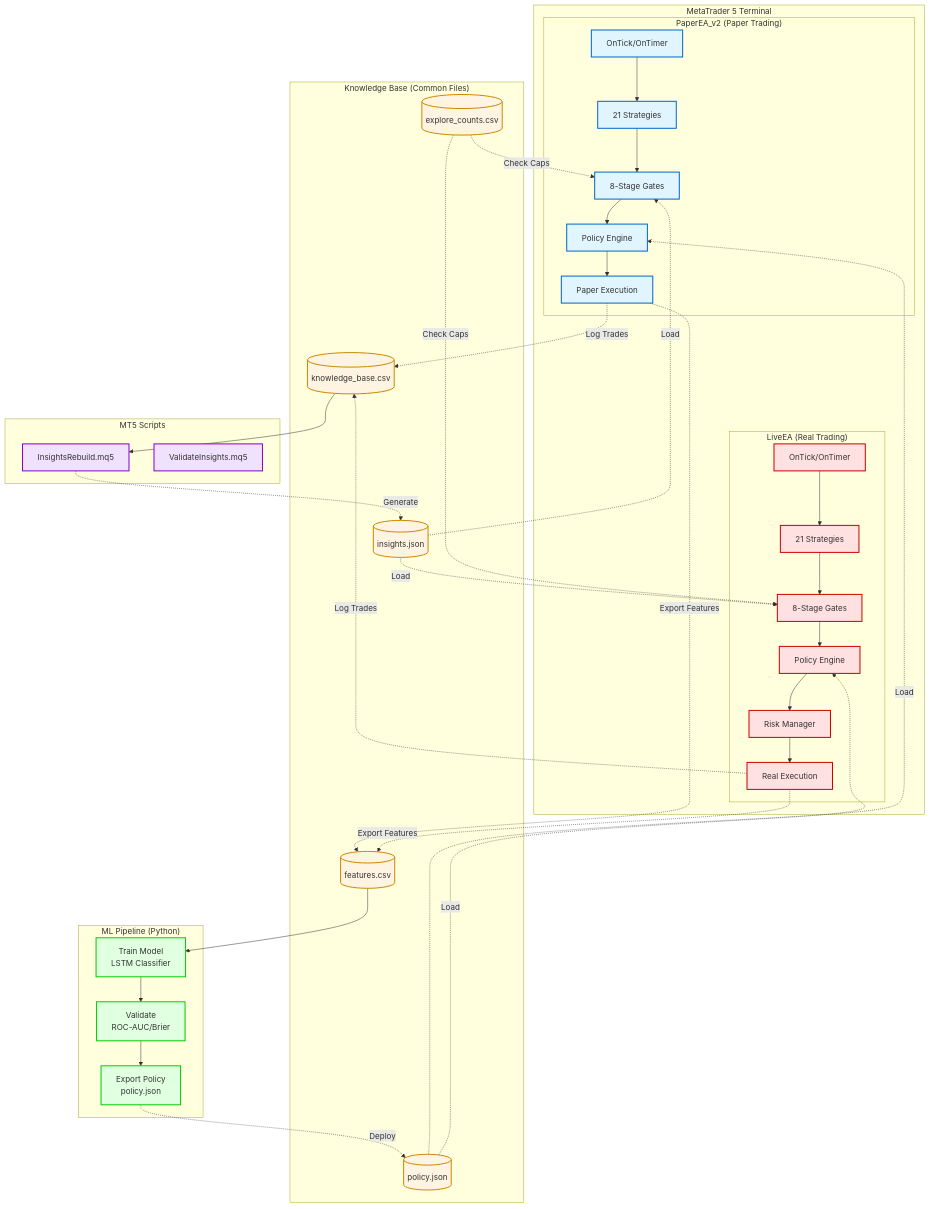
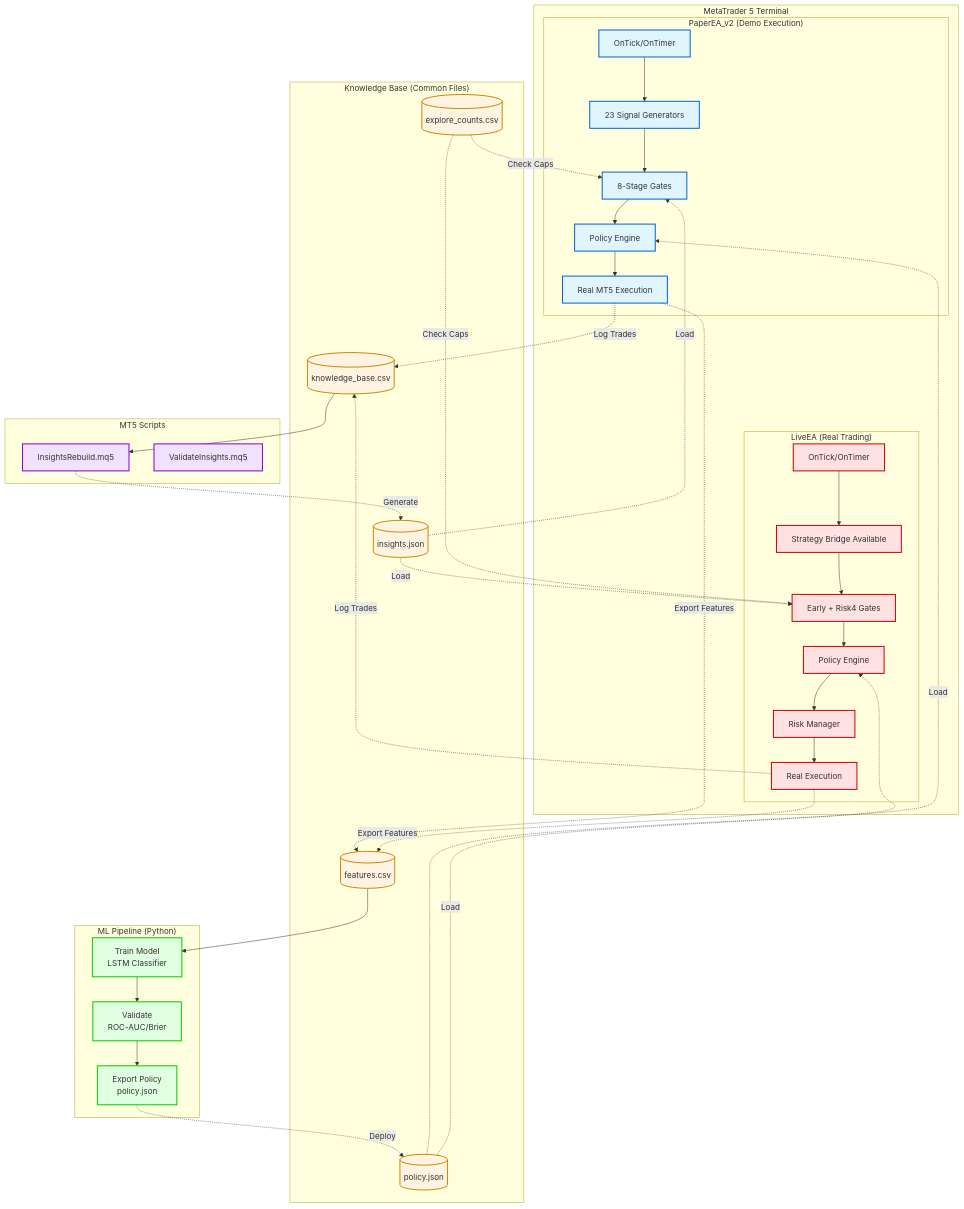
The first of 3 diagrams in Experts/Advisors/DualEA/docs/README_PRODUCTION.md (luvisemoney/Ultimate), drawn with Mermaid before and after one commit. The commit also changed other lines of this file and 1284 other files, not shown here.

````diff
--- a/Experts/Advisors/DualEA/docs/README_PRODUCTION.md
+++ b/Experts/Advisors/DualEA/docs/README_PRODUCTION.md
@@ -68,12 +68,12 @@
 ```mermaid
 graph TB
     subgraph MT5["MetaTrader 5 Terminal"]
-        subgraph PaperEA["PaperEA_v2 (Paper Trading)"]
+        subgraph PaperEA["PaperEA_v2 (Demo Execution)"]
             P_TICK[OnTick/OnTimer]
-            P_STRAT[21 Strategies]
+            P_STRAT[23 Signal Generators]
             P_GATES[8-Stage Gates]
             P_POLICY[Policy Engine]
-            P_EXEC[Paper Execution]
+            P_EXEC[Real MT5 Execution]
             
             P_TICK --> P_STRAT
             P_STRAT --> P_GATES
@@ -83,8 +83,8 @@
         
         subgraph LiveEA["LiveEA (Real Trading)"]
             L_TICK[OnTick/OnTimer]
-            L_STRAT[21 Strategies]
-            L_GATES[8-Stage Gates]
+            L_STRAT[Strategy Bridge Available]
+            L_GATES[Early + Risk4 Gates]
             L_POLICY[Policy Engine]
             L_RISK[Risk Manager]
             L_EXEC[Real Execution]
````
